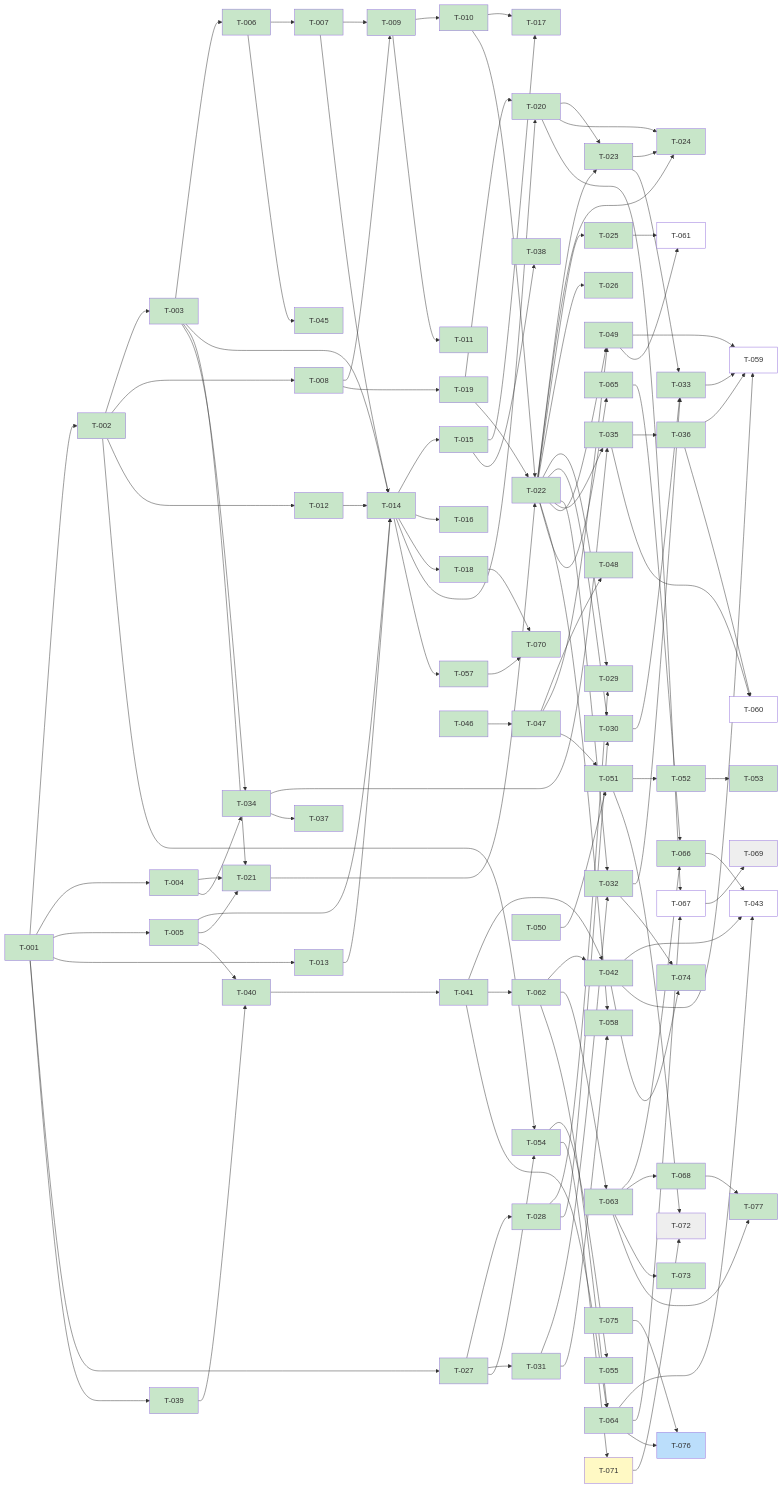
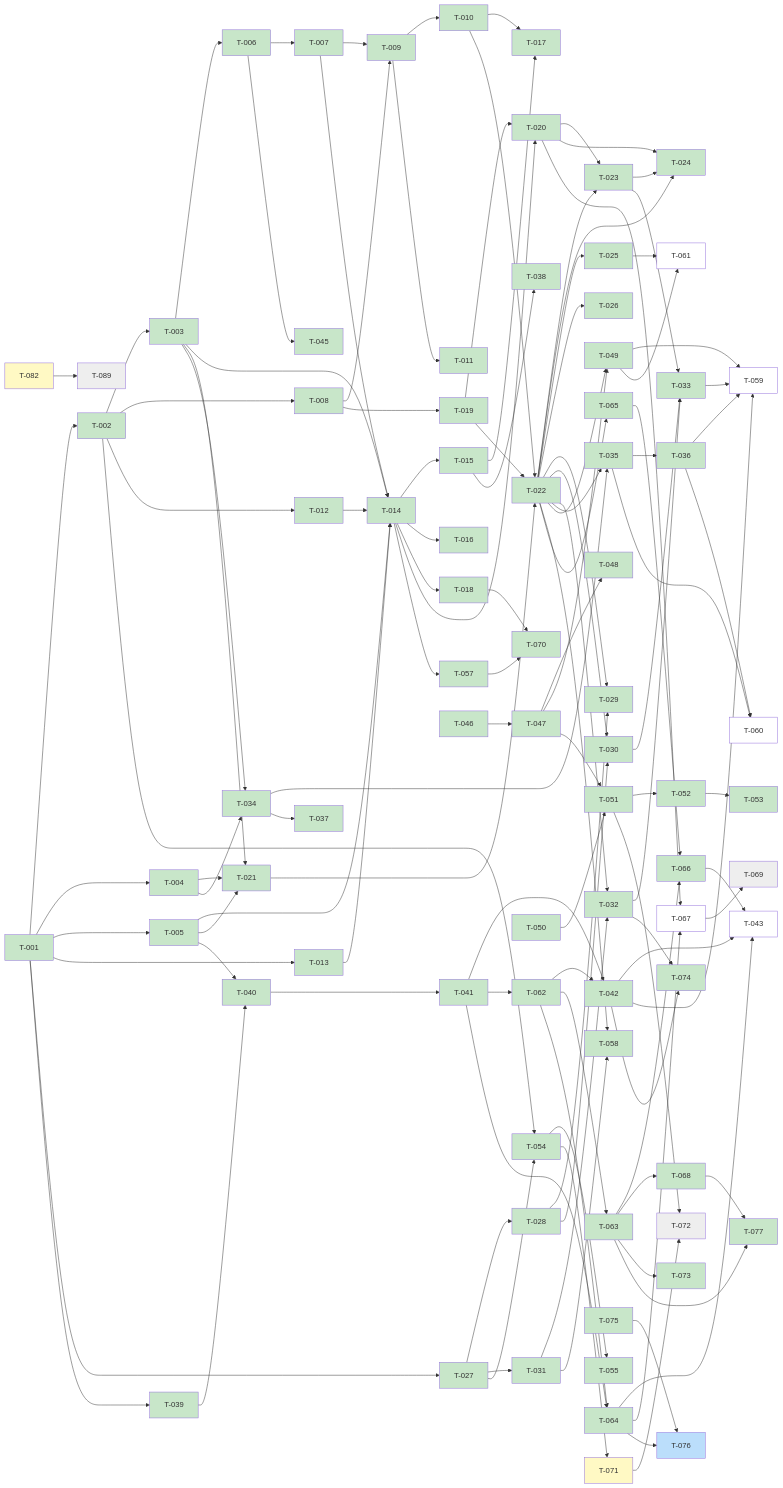
Before and after one commit to scholtz/biatec-chat: the diagram in kanban/BOARD.md, drawn with Mermaid. The commit also changed other lines of this file and 2 other files, not shown here.

Commit message:
kanban: T-082 → review (analysis verdict recorded), new T-089

````diff
--- a/kanban/BOARD.md
+++ b/kanban/BOARD.md
@@ -237,14 +238,15 @@
   T075[T-075] --> T076[T-076]
   T063[T-063] --> T077[T-077]
   T068[T-068] --> T077[T-077]
+  T082[T-082] --> T089[T-089]
   classDef done fill:#c8e6c9
   classDef review fill:#fff9c4
   classDef inprogress fill:#bbdefb
   classDef backlog fill:#ffffff
   classDef blocked fill:#eeeeee
   class T001,T002,T003,T004,T005,T006,T007,T008,T009,T010,T011,T012,T013,T014,T015,T016,T017,T018,T019,T020,T021,T022,T023,T024,T025,T026,T027,T028,T029,T030,T031,T032,T033,T034,T035,T036,T037,T038,T039,T040,T041,T042,T044,T045,T046,T047,T048,T049,T050,T051,T052,T053,T054,T055,T056,T057,T058,T062,T063,T064,T065,T066,T068,T070,T073,T074,T075,T077 done
-  class T071 review
-  class T076,T078,T080,T082,T084 inprogress
+  class T071,T082 review
+  class T076,T078,T080,T084 inprogress
   class T059,T079,T043,T081,T083,T087,T088,T060,T061,T067,T085,T086 backlog
-  class T072,T069 blocked
+  class T089,T072,T069 blocked
 ```
````
